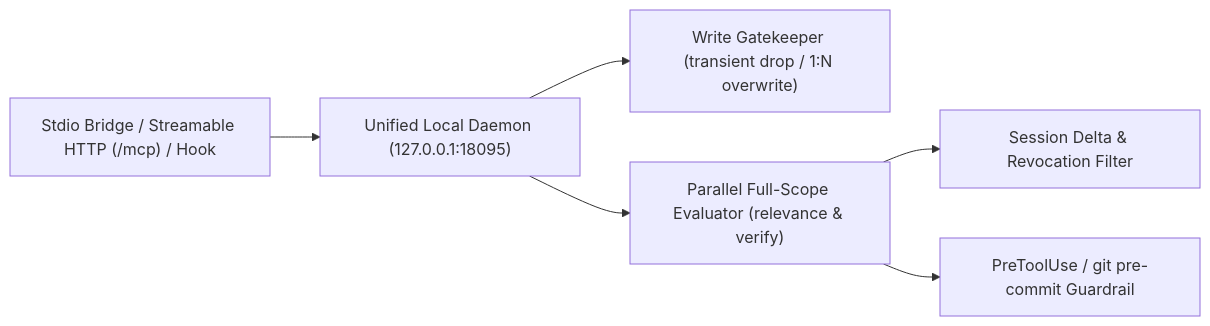
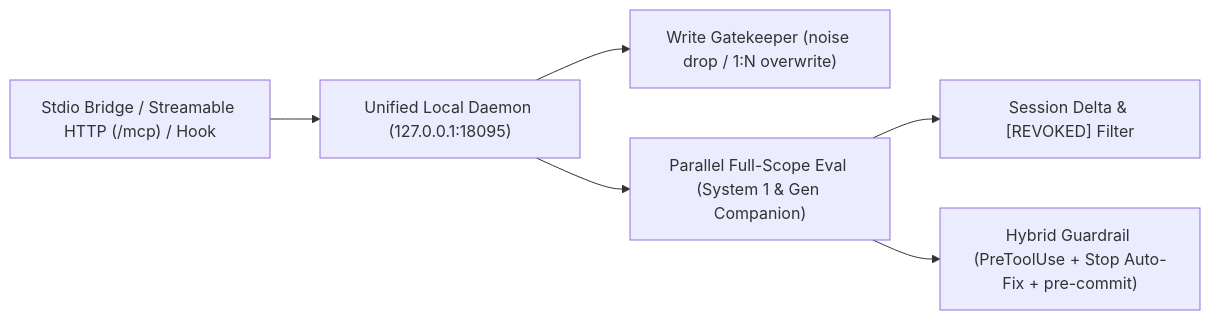
Before and after one commit to marbasdev/memorize: the diagram in ARCHITECTURE.md, drawn with Mermaid. The commit also changed other lines of this file and 158 other files, not shown here.

````diff
--- a/ARCHITECTURE.md
+++ b/ARCHITECTURE.md
@@ -7,8 +7,8 @@
 ```mermaid
 flowchart LR
     A["Stdio Bridge / Streamable HTTP (/mcp) / Hook"] --> B["Unified Local Daemon (127.0.0.1:18095)"]
-    B --> C["Write Gatekeeper (transient drop / 1:N overwrite)"]
-    B --> D["Parallel Full-Scope Evaluator (relevance & verify)"]
-    D --> E["Session Delta & Revocation Filter"]
-    D --> F["PreToolUse / git pre-commit Guardrail"]
+    B --> C["Write Gatekeeper (noise drop / 1:N overwrite)"]
+    B --> D["Parallel Full-Scope Eval (System 1 & Gen Companion)"]
+    D --> E["Session Delta & [REVOKED] Filter"]
+    D --> F["Hybrid Guardrail (PreToolUse + Stop Auto-Fix + pre-commit)"]
 ```
````
